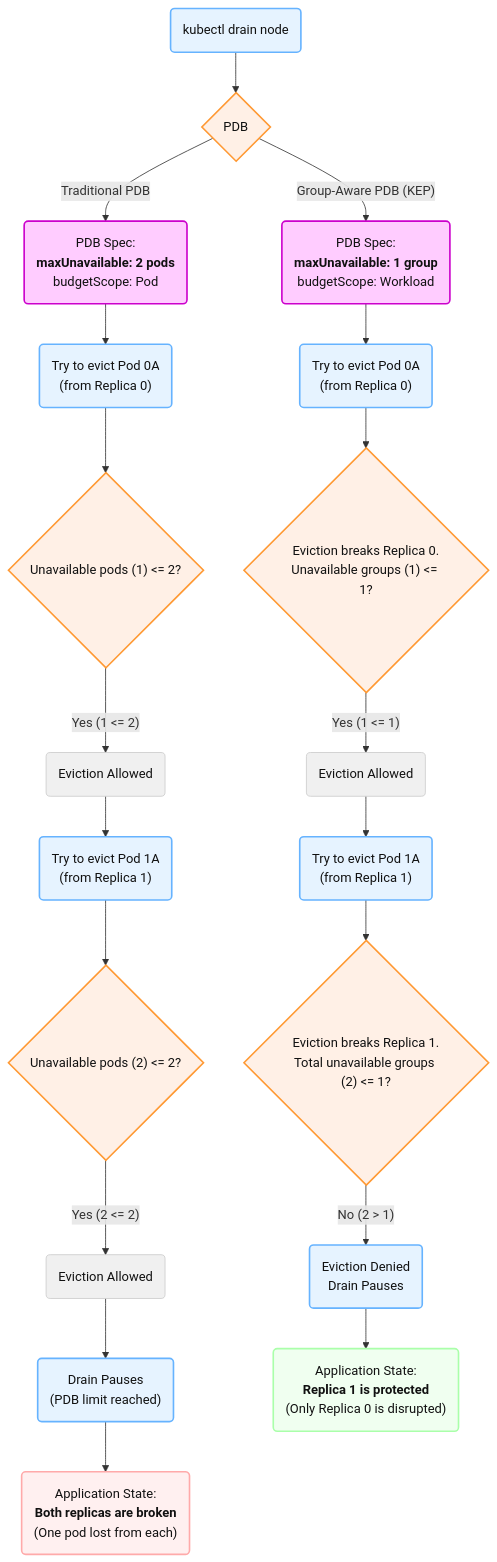
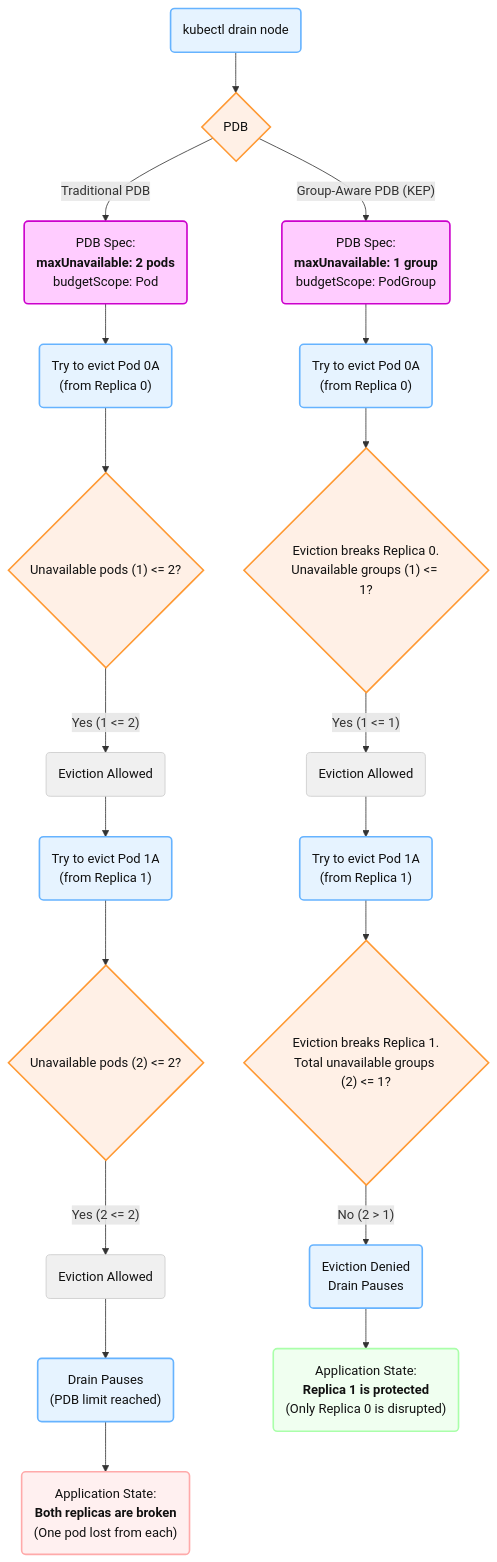
The second of 3 diagrams in keps/sig-apps/5682-pdbs-for-multipod-replicas/README.md (kubernetes/enhancements), drawn with Mermaid before and after one commit. The commit also changed other lines of this file and 1 other file, not shown here.

````diff
--- a/keps/sig-apps/5682-pdbs-for-multipod-replicas/README.md
+++ b/keps/sig-apps/5682-pdbs-for-multipod-replicas/README.md
@@ -380,70 +380,70 @@
 ```mermaid
 graph TD
     %% Define Styles for Flowchart Diagram
     classDef action fill:#e6f3ff,stroke:#66b3ff,stroke-width:2px,color:#111
     classDef decision fill:#fff0e6,stroke:#ff9933,stroke-width:2px,color:#111
     classDef pdb_spec fill:#ffccff,stroke:#cc00cc,stroke-width:2px,color:#111
     classDef outcome_bad fill:#fff0f0,stroke:#ffaaaa,stroke-width:2px,color:#111
     classDef outcome_good fill:#f0fff0,stroke:#aaffaa,stroke-width:2px,color:#111
     classDef process fill:#f0f0f0,stroke:#ccc,color:#111
 
     %% --- Start ---
     StartDrain("kubectl drain node")
     class StartDrain action
 
     StartDrain --> PDB_Type{"PDB"}
     class PDB_Type decision
 
     %% --- Path 1: Traditional PDB ---
     PDB_Type -- "Traditional PDB" --> PDB_Old(PDB Spec:<br/><b>maxUnavailable: 2 pods</b><br/>budgetScope: Pod)
     class PDB_Old pdb_spec
     
     PDB_Old --> TryEvictP0A("Try to evict Pod 0A<br/>(from Replica 0)")
     class TryEvictP0A action
 
     TryEvictP0A --> CheckPods1{"Unavailable pods (1) <= 2?"}
     class CheckPods1 decision
 
     CheckPods1 -- "Yes (1 <= 2)" --> EvictP0A("Eviction Allowed")
     class EvictP0A process
 
     EvictP0A --> TryEvictP1A("Try to evict Pod 1A<br/>(from Replica 1)")
     class TryEvictP1A action
 
     TryEvictP1A --> CheckPods2{"Unavailable pods (2) <= 2?"}
     class CheckPods2 decision
 
     CheckPods2 -- "Yes (2 <= 2)" --> EvictP1A("Eviction Allowed")
     class EvictP1A process
 
     EvictP1A --> DrainStops("Drain Pauses<br/>(PDB limit reached)")
     class DrainStops action
 
     DrainStops --> AppDown("Application State:<br/><b>Both replicas are broken</b><br/>(One pod lost from each)")
     class AppDown outcome_bad
 
     %% --- Path 2: Group-Aware PDB (KEP) ---
-    PDB_Type -- "Group-Aware PDB (KEP)" --> PDB_New(PDB Spec:<br/><b>maxUnavailable: 1 group</b><br/>budgetScope: Workload)
+    PDB_Type -- "Group-Aware PDB (KEP)" --> PDB_New(PDB Spec:<br/><b>maxUnavailable: 1 group</b><br/>budgetScope: PodGroup)
     class PDB_New pdb_spec
 
     PDB_New --> TryEvictP0A_New("Try to evict Pod 0A<br/>(from Replica 0)")
     class TryEvictP0A_New action
 
     TryEvictP0A_New --> CheckGroups1{"Eviction breaks Replica 0.<br/>Unavailable groups (1) <= 1?"}
     class CheckGroups1 decision
 
     CheckGroups1 -- "Yes (1 <= 1)" --> EvictR0("Eviction Allowed")
     class EvictR0 process
 
     EvictR0 --> TryEvictP1A_New("Try to evict Pod 1A<br/>(from Replica 1)")
     class TryEvictP1A_New action
 
     TryEvictP1A_New --> CheckGroups2{"Eviction breaks Replica 1.<br/>Total unavailable groups (2) <= 1?"}
     class CheckGroups2 decision
 
     CheckGroups2 -- "No (2 > 1)" --> EvictP1A_Denied("Eviction Denied<br/>Drain Pauses")
     class EvictP1A_Denied action
 
     EvictP1A_Denied --> AppHealthy("Application State:<br/><b>Replica 1 is protected</b><br/>(Only Replica 0 is disrupted)")
     class AppHealthy outcome_good
 ```
````
